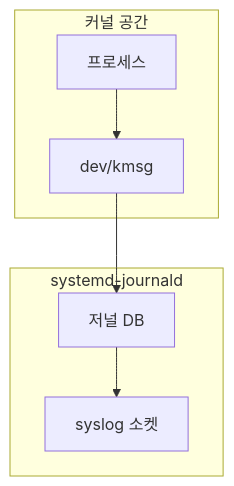
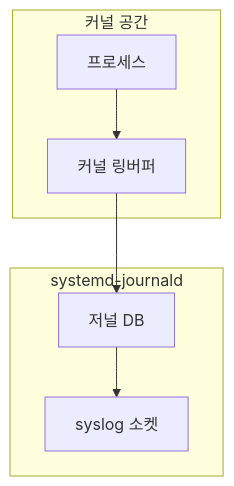
One commit to moonblueblue/devops-wiki changed the first of 8 diagrams in content/linux/logging/system-logging.md. Above: the diagram before and after it, drawn with Mermaid. The commit also changed other lines of this file and 37 other files, not shown here.

First line of the commit message:
style: linux 카테고리 ASCII 도표·Mermaid 라벨 형식 교정

````diff
--- a/content/linux/logging/system-logging.md
+++ b/content/linux/logging/system-logging.md
@@ -39,14 +39,14 @@
 ```mermaid
 flowchart TD
     subgraph kernel["커널 공간"]
-        K1[프로세스] --> K2[dev/kmsg]
+        K1[프로세스] --> K2[커널 링버퍼]
     end
 
     subgraph journald["systemd-journald"]
         JD[저널 DB]
         JF[syslog 소켓]
     end
 
     K2 --> JD
     JD --> JF
 ```
````
